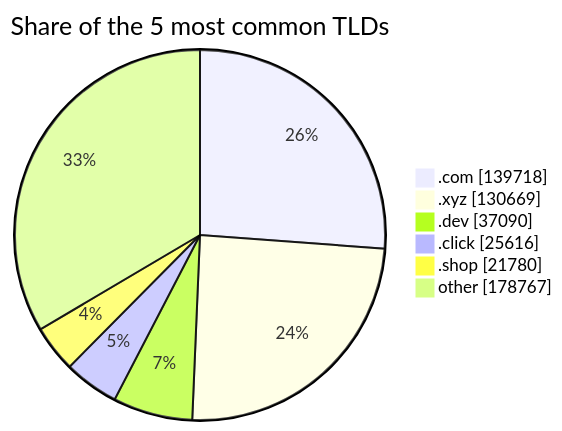
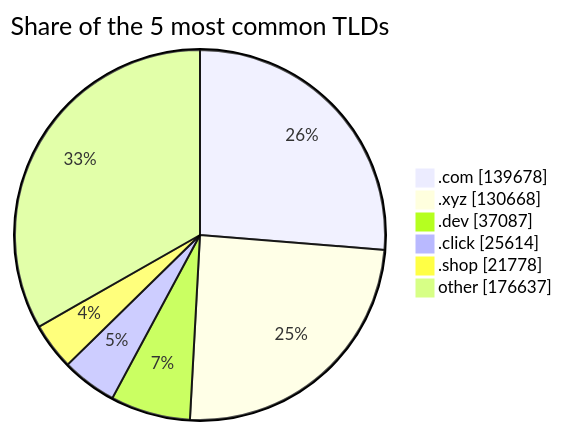
The third of 3 diagrams in README.md (DNSBunker/CTI), drawn with Mermaid before and after one commit. The commit also changed other lines of this file and 3 other files, not shown here.

````diff
--- a/README.md
+++ b/README.md
@@ -81,9 +81,9 @@
 ```mermaid
 pie showData title Share of the 5 most common TLDs
-    ".com" : 139718
-    ".xyz" : 130669
-    ".dev" : 37090
-    ".click" : 25616
-    ".shop" : 21780
-    "other" : 178767
+    ".com" : 139678
+    ".xyz" : 130668
+    ".dev" : 37087
+    ".click" : 25614
+    ".shop" : 21778
+    "other" : 176637
 ```
````
